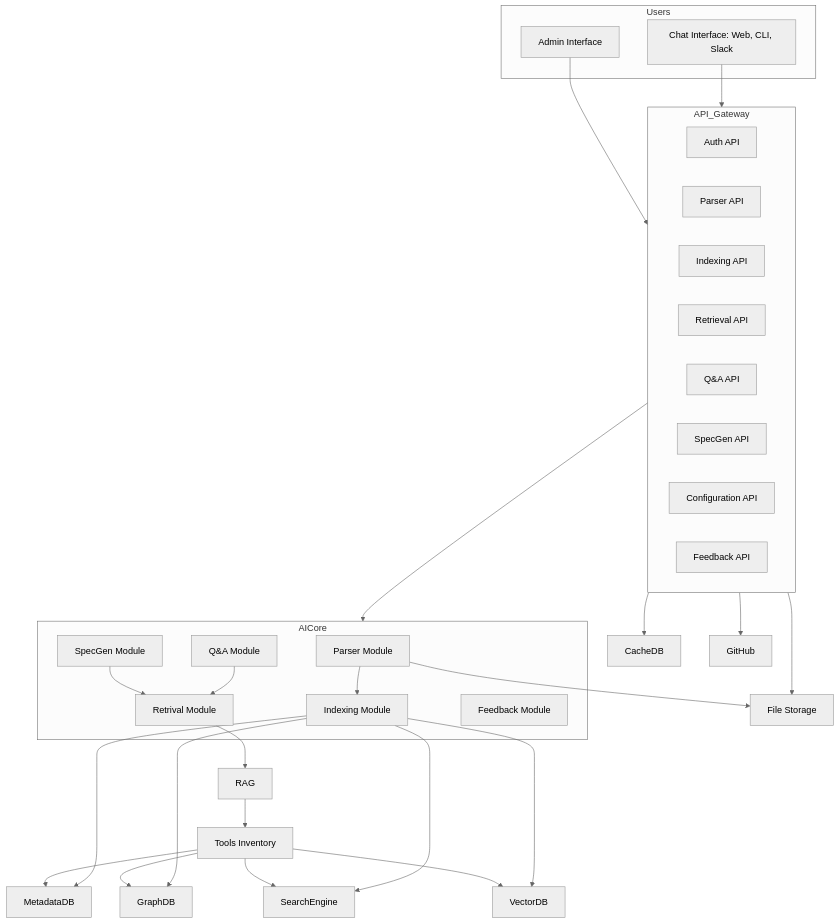
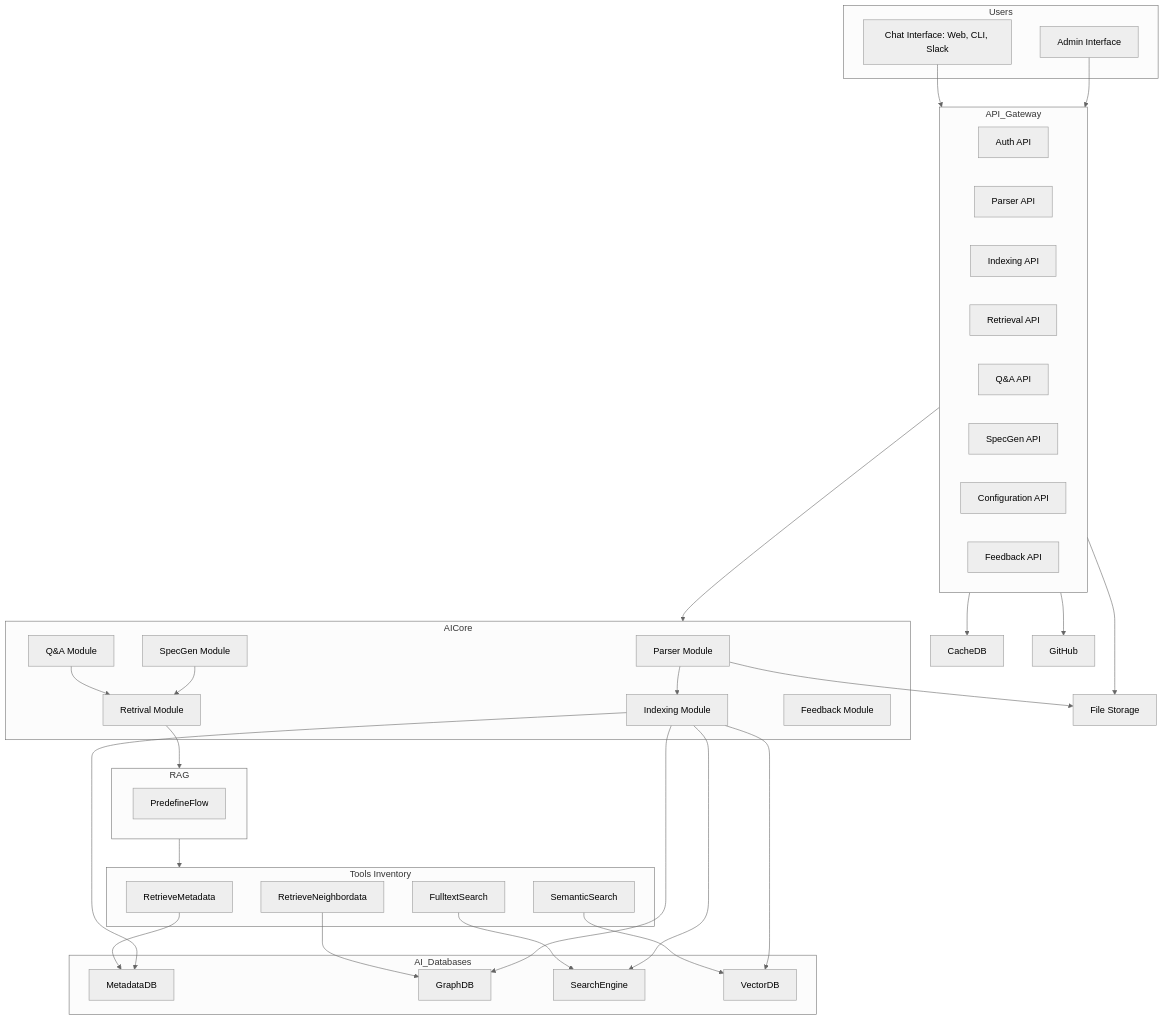
One commit to anhttmle/anhttmle.github.io changed the third of 3 diagrams in _draft/C2B/C4-Design.md. Above: the diagram before and after it, drawn with Mermaid (neutral theme). The commit also changed other lines of this file, not shown here.

````diff
--- a/_draft/C2B/C4-Design.md
+++ b/_draft/C2B/C4-Design.md
@@ -126,56 +202,74 @@
 ```mermaid
 flowchart TD
     subgraph Users
         ChatUI[Chat Interface: Web, CLI, Slack]
         AdminUI[Admin Interface]
     end
 
     ChatUI --> API_Gateway[API Gateway]
     AdminUI --> API_Gateway
 
     subgraph API_Gateway
         AuthAPI[Auth API]
         ParserAPI[Parser API]
         IndexingAPI[Indexing API]
         RetrievalAPI[Retrieval API]
         QAAPI[Q&A API]
         SpecGenAPI[SpecGen API]
         ConfigAPI[Configuration API]
         FeedbackAPI[Feedback API]
     end
 
     subgraph AICore
         Parser[Parser Module]
         Indexing[Indexing Module]
         Retrieval[Retrival Module]
         Q&A[Q&A Module]
         SpecGen[SpecGen Module]
         Feedback[Feedback Module]
     end
 
+    subgraph RAG
+        PredefineFlow
+    end
+
+    subgraph AI_Databases
+        MetadataDB
+        GraphDB
+        SearchEngine
+        VectorDB
+    end
+
+    subgraph Tools[Tools Inventory]
+        RetrieveMetadata
+        RetrieveNeighbordata
+        FulltextSearch
+        SemanticSearch
+
+        RetrieveMetadata --> MetadataDB
+        RetrieveNeighbordata --> GraphDB
+        FulltextSearch --> SearchEngine
+        SemanticSearch --> VectorDB
+    end
+
     API_Gateway --> FileStorage[File Storage]
     API_Gateway --> CacheDB
     API_Gateway --> GitHub
     API_Gateway --> AICore
 
     Parser --> Indexing
     Parser --> FileStorage
     
     Indexing --> MetadataDB
     Indexing --> GraphDB
     Indexing --> SearchEngine
     Indexing --> VectorDB
 
     Retrieval --> RAG
-    RAG --> Tools[Tools Inventory]
-
-    Tools --> MetadataDB
-    Tools --> GraphDB
-    Tools --> SearchEngine
-    Tools --> VectorDB
+    RAG --> Tools
     
     Q&A --> Retrieval
     SpecGen --> Retrieval
 
 
 ```
````
